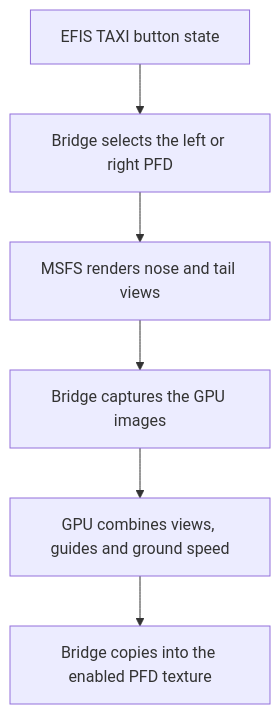
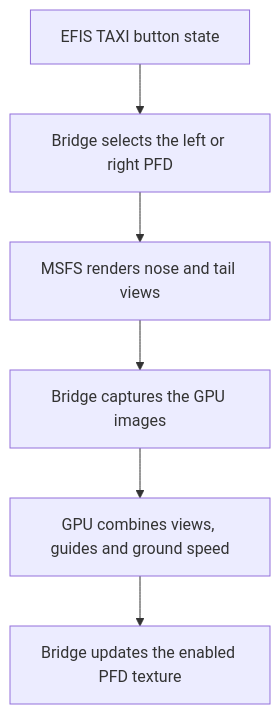
Before and after one commit to rthoms334/taxi-cam: the diagram in docs/architecture.md, drawn with Mermaid. The commit also changed other lines of this file and 11 other files, not shown here.

```diff
--- a/docs/architecture.md
+++ b/docs/architecture.md
@@ -11,8 +11,8 @@
 ~~~mermaid
 flowchart TD
     Button["EFIS TAXI button state"] --> Control["Bridge selects the left or right PFD"]
     Control --> Cameras["MSFS renders nose and tail views"]
     Cameras --> Capture["Bridge captures the GPU images"]
     Capture --> Combine["GPU combines views, guides and ground speed"]
-    Combine --> Display["Bridge copies into the enabled PFD texture"]
+    Combine --> Display["Bridge updates the enabled PFD texture"]
 ~~~
```
